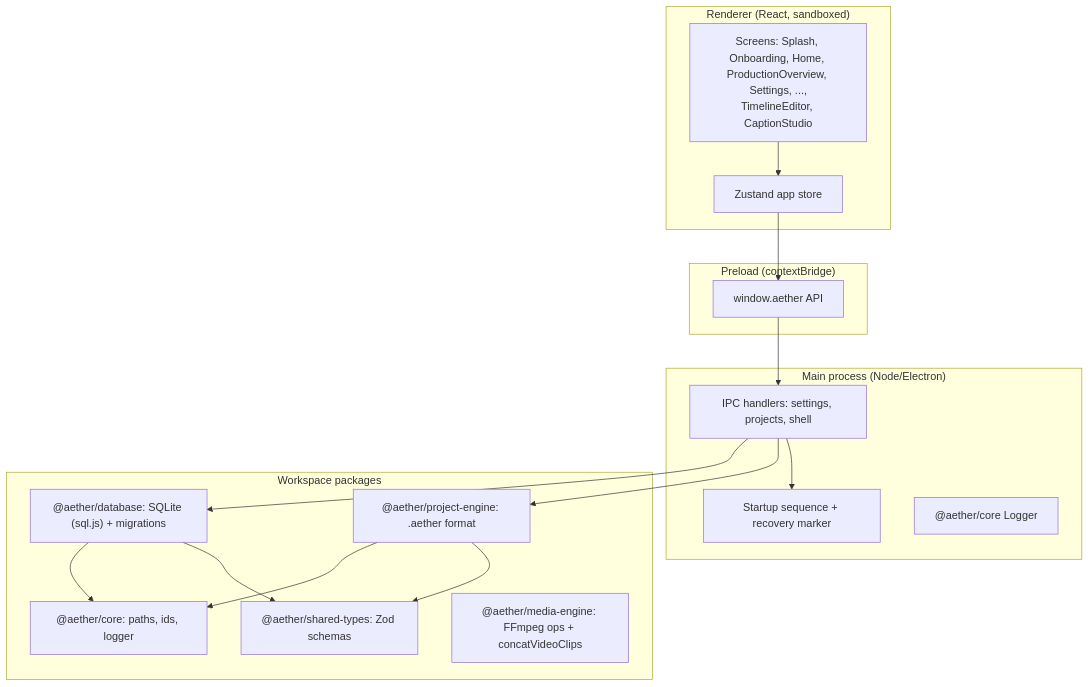
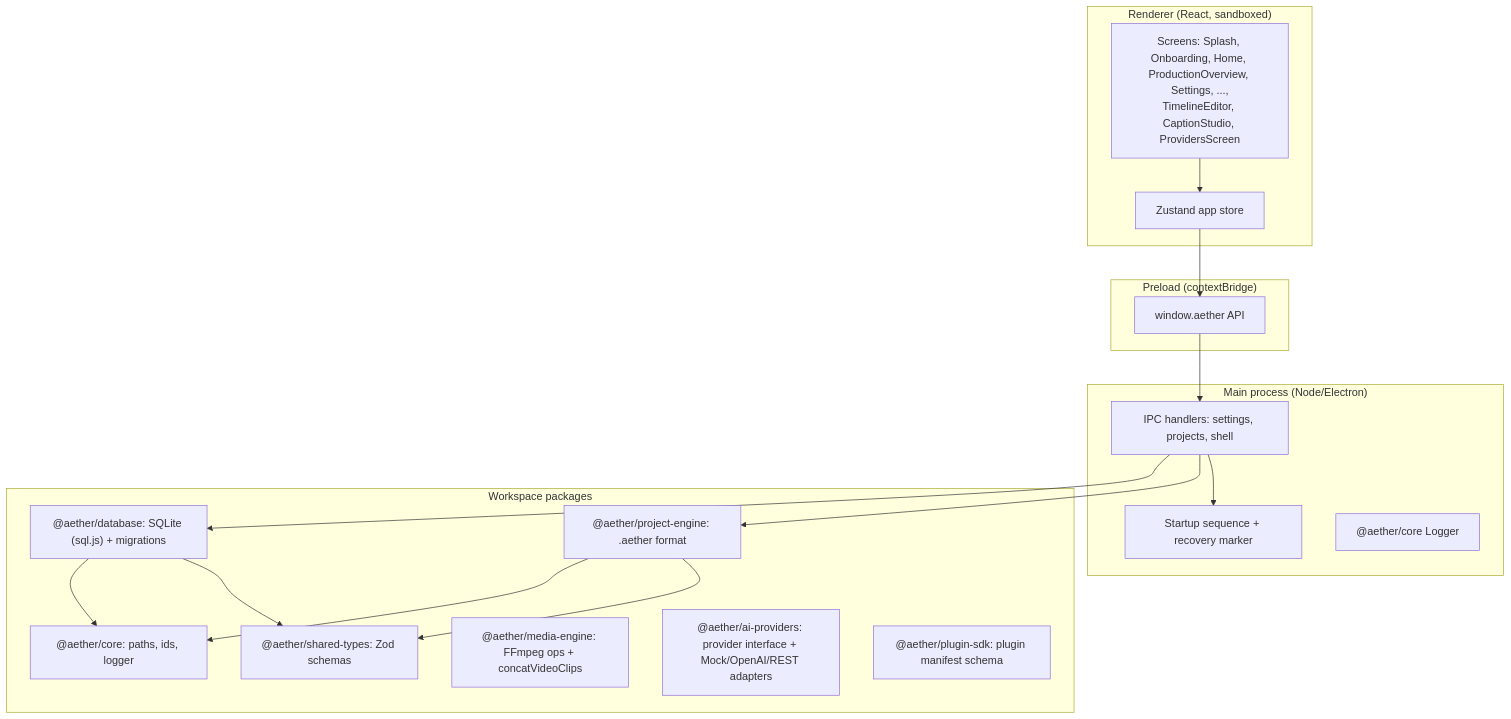
Before and after one commit to Get-Blitzed/Aether-Studio: the diagram in ARCHITECTURE.md, drawn with Mermaid. The commit also changed other lines of this file and 48 other files, not shown here.

````diff
--- a/ARCHITECTURE.md
+++ b/ARCHITECTURE.md
@@ -5,35 +5,37 @@
 ```mermaid
 flowchart TB
     subgraph Renderer["Renderer (React, sandboxed)"]
         UI[Screens: Splash, Onboarding, Home, ProductionOverview, Settings, ...,
-TimelineEditor, CaptionStudio]
+TimelineEditor, CaptionStudio, ProvidersScreen]
         Store[Zustand app store]
     end
 
     subgraph Preload["Preload (contextBridge)"]
         Bridge["window.aether API"]
     end
 
     subgraph Main["Main process (Node/Electron)"]
         IPC[IPC handlers: settings, projects, shell]
         Startup[Startup sequence + recovery marker]
         Logger["@aether/core Logger"]
     end
 
     subgraph Packages["Workspace packages"]
         Core["@aether/core: paths, ids, logger"]
         Types["@aether/shared-types: Zod schemas"]
         DB["@aether/database: SQLite (sql.js) + migrations"]
         Engine["@aether/project-engine: .aether format"]
         Media["@aether/media-engine: FFmpeg ops + concatVideoClips"]
+        AI["@aether/ai-providers: provider interface + Mock/OpenAI/REST adapters"]
+        Plugin["@aether/plugin-sdk: plugin manifest schema"]
     end
 
     UI --> Store --> Bridge --> IPC
     IPC --> DB
     IPC --> Engine
     IPC --> Startup
     DB --> Core
     Engine --> Core
     Engine --> Types
     DB --> Types
 ```
````
